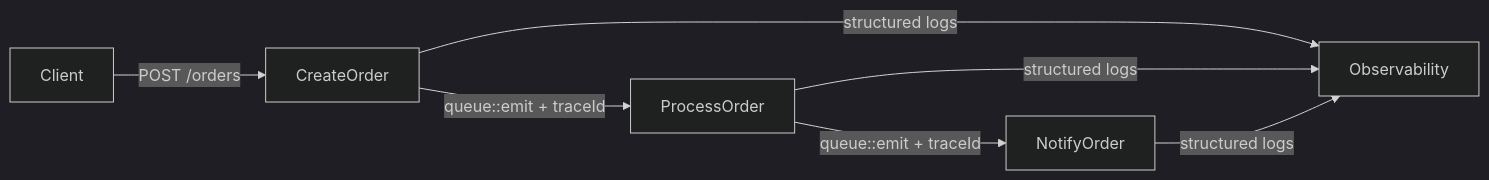
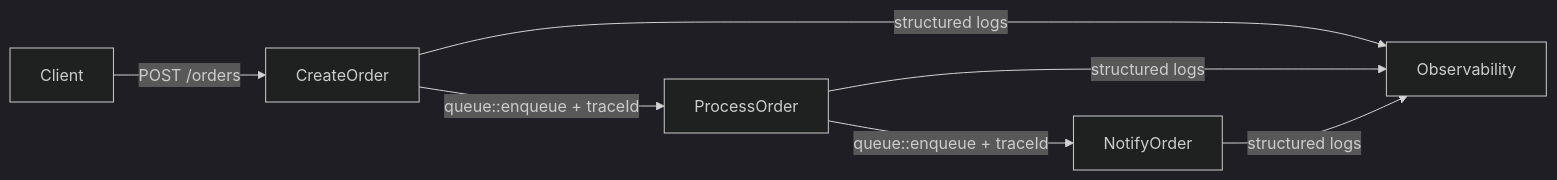
The diagram in content/examples/observability.mdx (iii-hq/docs), drawn with Mermaid (dark theme) before and after one commit. The commit also changed other lines of this file and 11 other files, not shown here.

First line of the commit message:
refactor: replace queue::emit with queue::enqueue in examples

````diff
--- a/content/examples/observability.mdx
+++ b/content/examples/observability.mdx
@@ -9,7 +9,7 @@
 ```mermaid
 graph LR
     Client -->|"POST /orders"| CreateOrder
-    CreateOrder -->|"queue::emit + traceId"| ProcessOrder
-    ProcessOrder -->|"queue::emit + traceId"| NotifyOrder
+    CreateOrder -->|"queue::enqueue + traceId"| ProcessOrder
+    ProcessOrder -->|"queue::enqueue + traceId"| NotifyOrder
     CreateOrder & ProcessOrder & NotifyOrder -->|"structured logs"| Observability
 ```
````
